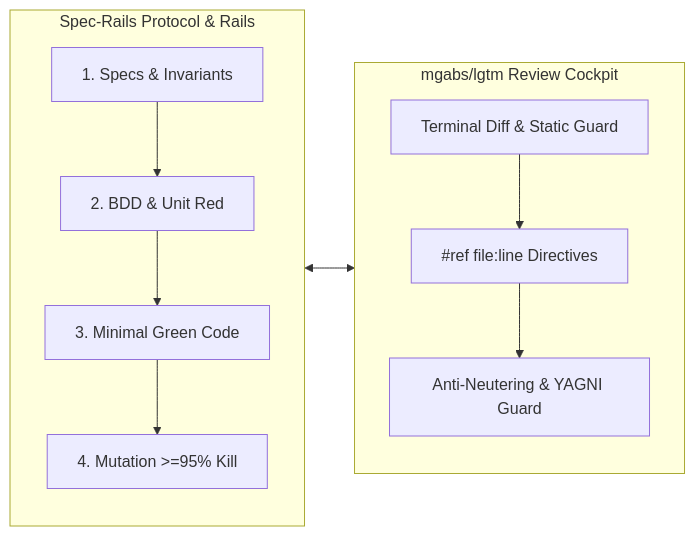
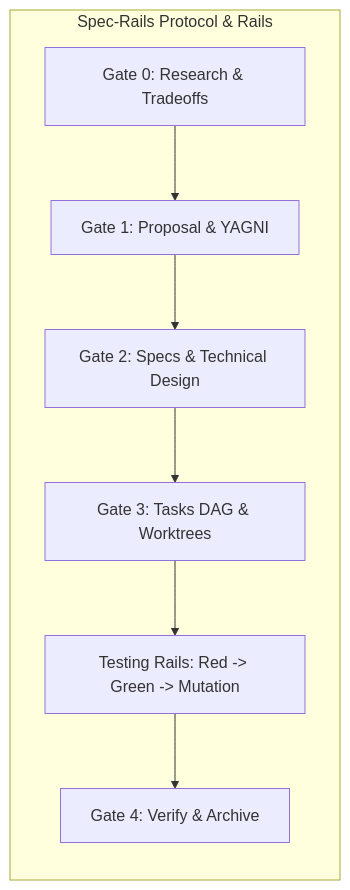
One commit to mgabs/spec-rails changed the diagram in README.md. Above: the diagram before and after it, drawn with Mermaid. The commit also changed other lines of this file and 12 other files, not shown here.

````diff
--- a/README.md
+++ b/README.md
@@ -13,15 +13,10 @@
 ```mermaid
 flowchart LR
     subgraph SPEC_RAILS_Protocol [Spec-Rails Protocol & Rails]
-        Specs[1. Specs & Invariants] --> RedTest[2. BDD & Unit Red]
-        RedTest --> Green[3. Minimal Green Code]
-        Green --> Mutation["4. Mutation >=95% Kill"]
+        Research[Gate 0: Research & Tradeoffs] --> Proposal[Gate 1: Proposal & YAGNI]
+        Proposal --> Design[Gate 2: Specs & Technical Design]
+        Design --> Tasks[Gate 3: Tasks DAG & Worktrees]
+        Tasks --> Rails[Testing Rails: Red -> Green -> Mutation]
+        Rails --> Archive[Gate 4: Verify & Archive]
     end
-
-    subgraph LGTM_Harness [mgabs/lgtm Review Cockpit]
-        TUI[Terminal Diff & Static Guard] --> Directives["#ref file:line Directives"]
-        Directives --> AntiFraud[Anti-Neutering & YAGNI Guard]
-    end
-
-    SPEC_RAILS_Protocol <--> LGTM_Harness
 ```
````
